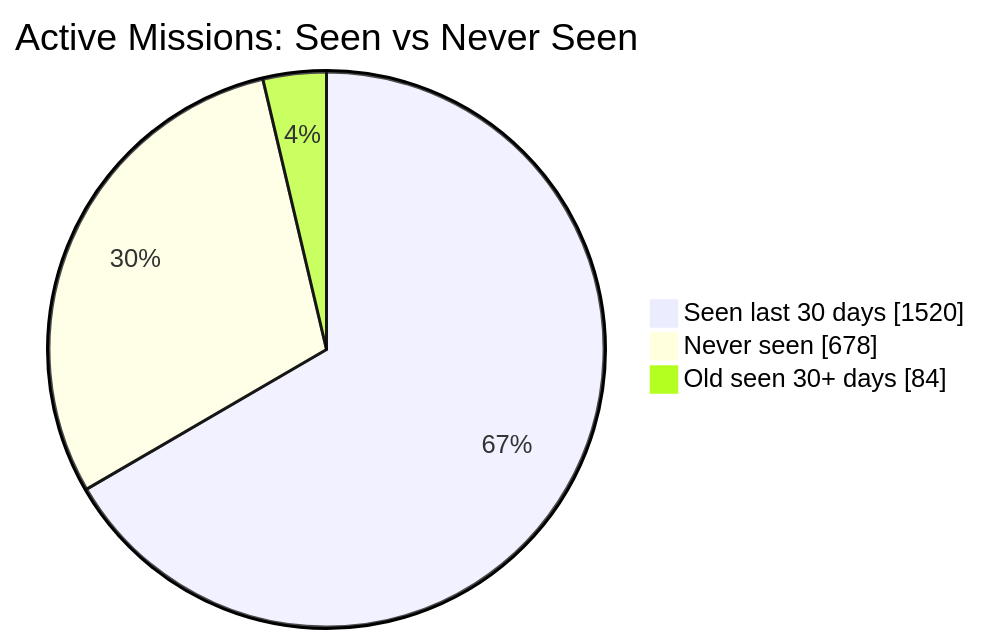
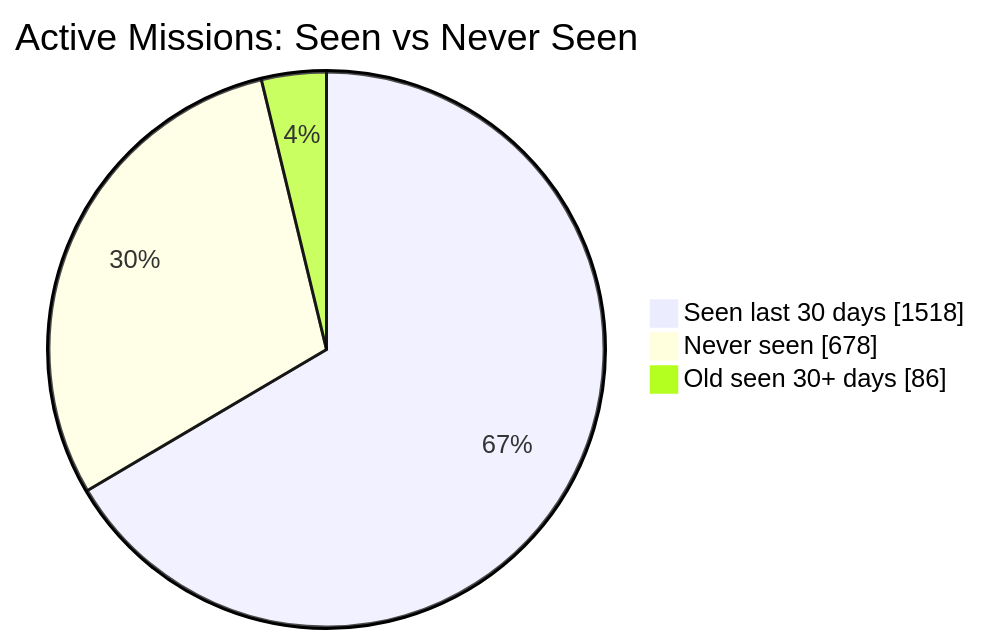
Before and after one commit to MeldkamerspelGameTeam/active-missions: the first of 2 diagrams in README.md, drawn with Mermaid. The commit also changed other lines of this file and 2 other files, not shown here.

````diff
--- a/README.md
+++ b/README.md
@@ -34,7 +34,7 @@
 ```mermaid
 pie showData
     title Active Missions: Seen vs Never Seen
-    "Seen last 30 days" : 1520
+    "Seen last 30 days" : 1518
     "Never seen" : 678
-    "Old seen 30+ days" : 84
+    "Old seen 30+ days" : 86
 ```
````
